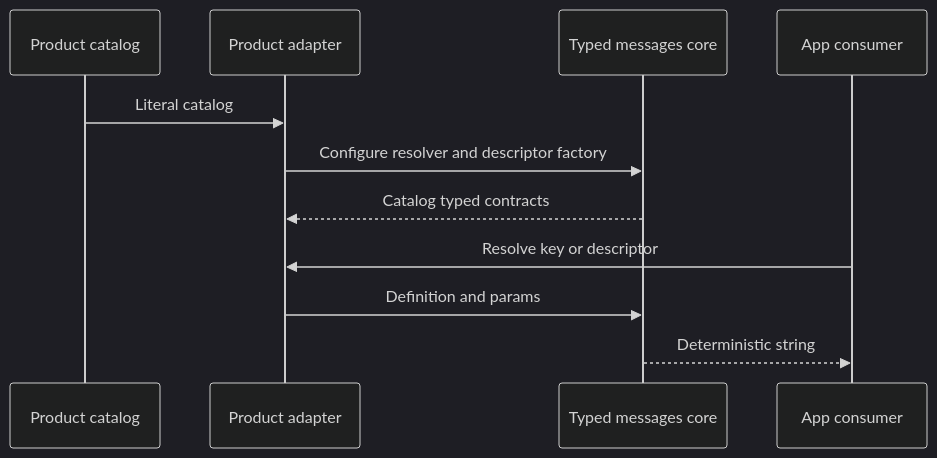
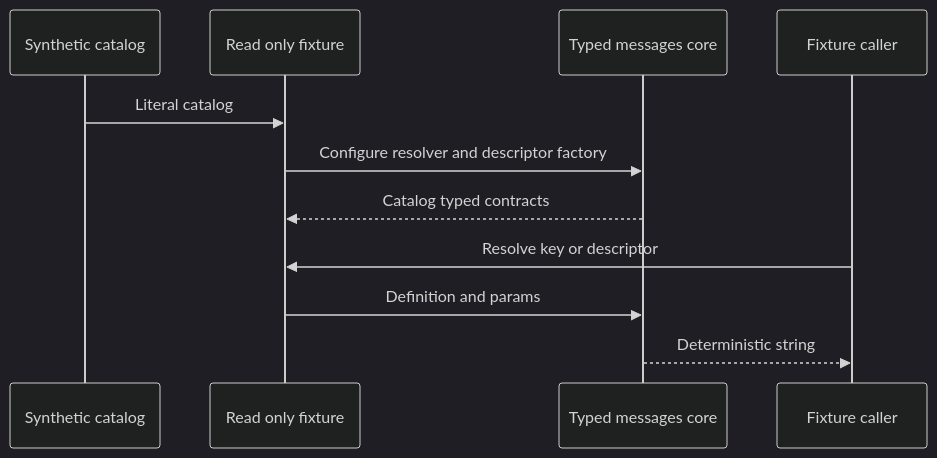
Before and after one commit to Huruikagi/pc-build-planner: the second of 5 diagrams in .kiro/specs/typed-messages-core/design.md, drawn with Mermaid (dark theme). The commit also changed other lines of this file and 85 other files, not shown here.

````diff
--- a/.kiro/specs/typed-messages-core/design.md
+++ b/.kiro/specs/typed-messages-core/design.md
@@ -158,13 +153,13 @@
 ```mermaid
 sequenceDiagram
-    participant Catalog as Product catalog
-    participant Adapter as Product adapter
+    participant Catalog as Synthetic catalog
+    participant Fixture as Read only fixture
     participant Core as Typed messages core
-    participant Consumer as App consumer
-    Catalog->>Adapter: Literal catalog
-    Adapter->>Core: Configure resolver and descriptor factory
-    Core-->>Adapter: Catalog typed contracts
-    Consumer->>Adapter: Resolve key or descriptor
-    Adapter->>Core: Definition and params
+    participant Consumer as Fixture caller
+    Catalog->>Fixture: Literal catalog
+    Fixture->>Core: Configure resolver and descriptor factory
+    Core-->>Fixture: Catalog typed contracts
+    Consumer->>Fixture: Resolve key or descriptor
+    Fixture->>Core: Definition and params
     Core-->>Consumer: Deterministic string
 ```
````
